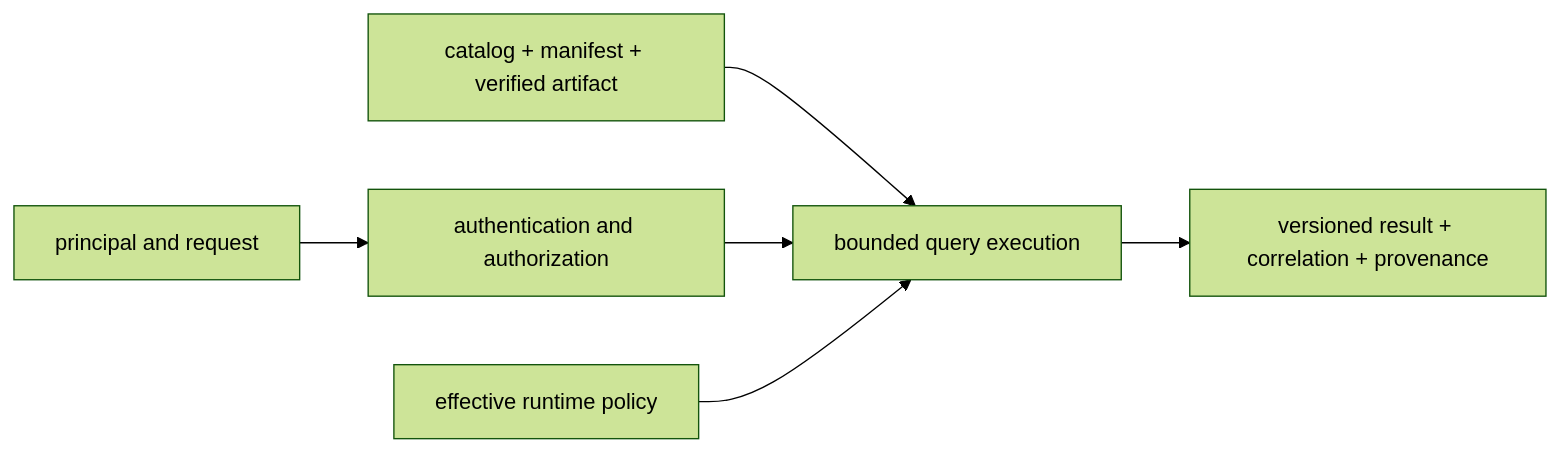
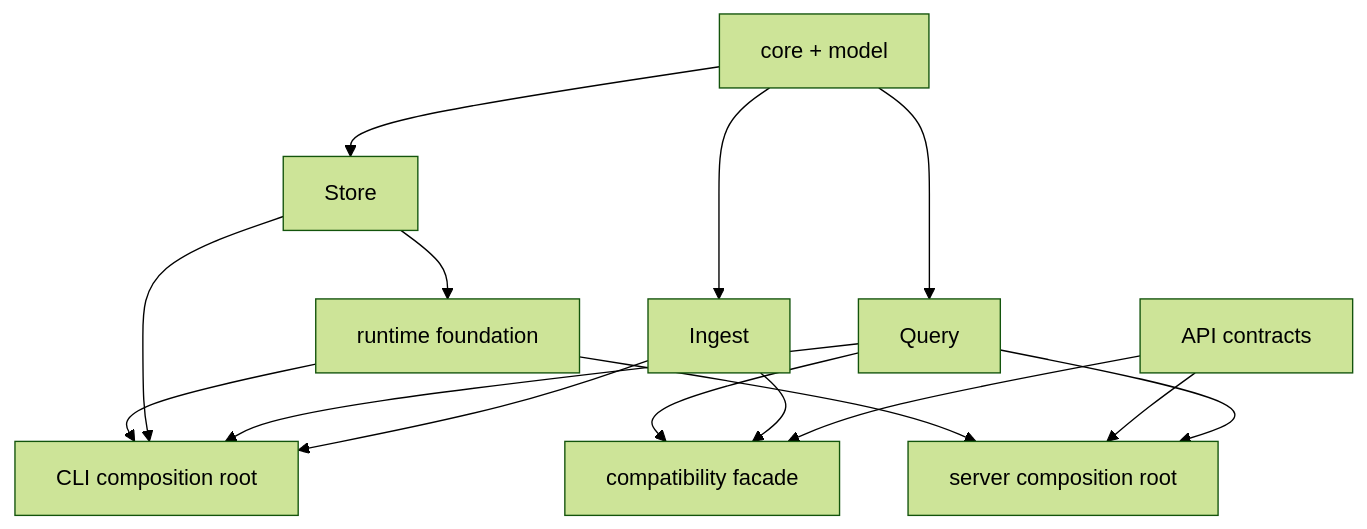
One commit to bijux/bijux-atlas changed the third of 3 diagrams in docs/bijux-atlas/index.md. Above: the diagram before and after it, drawn with Mermaid (forest theme). The commit also changed other lines of this file and 1 other file, not shown here.

````diff
--- a/docs/bijux-atlas/index.md
+++ b/docs/bijux-atlas/index.md
@@ -150,8 +65,17 @@
 ```mermaid
-flowchart LR
-    Principal["principal and request"] --> Admission["authentication and authorization"]
-    Dataset["catalog + manifest + verified artifact"] --> Execute["bounded query execution"]
-    Admission --> Execute
-    Policy["effective runtime policy"] --> Execute
-    Execute --> Result["versioned result + correlation + provenance"]
+flowchart TB
+    Core["core + model"] --> Ingest
+    Core --> Query
+    Core --> Store
+    Store --> Runtime["runtime foundation"]
+    Ingest --> CLI["CLI composition root"]
+    Query --> CLI
+    Store --> CLI
+    Runtime --> CLI
+    Query --> Server["server composition root"]
+    API["API contracts"] --> Server
+    Runtime --> Server
+    API --> Facade["compatibility facade"]
+    Ingest --> Facade
+    Query --> Facade
 ```
````
